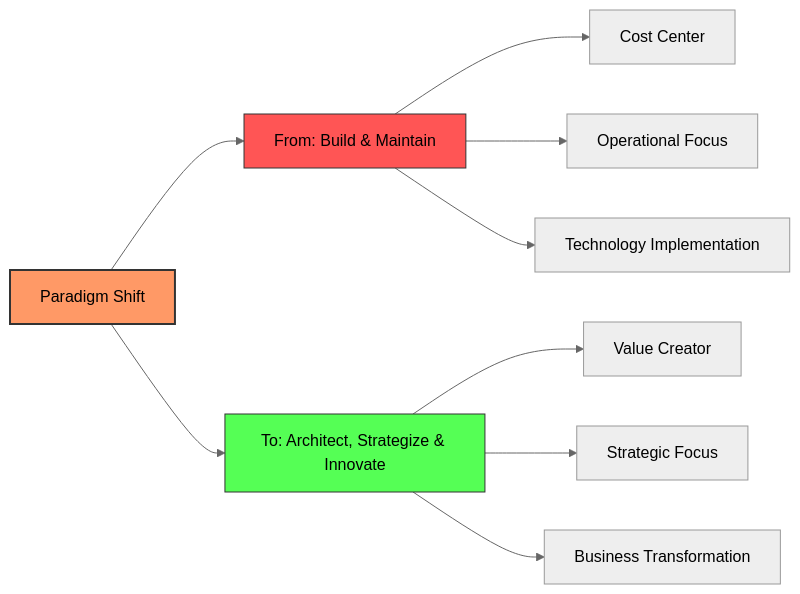
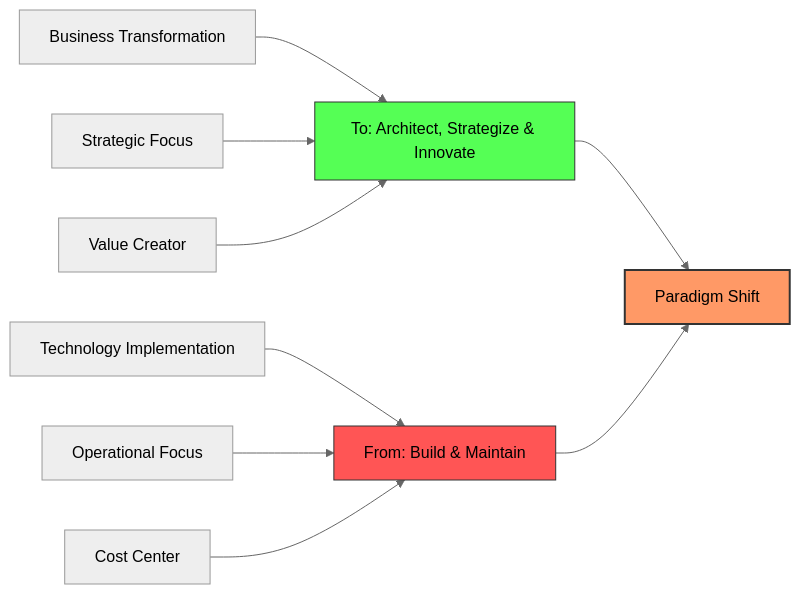
Before and after one commit to AliceNN-ucdenver/Iasa: the fourth of 6 diagrams in cio-may.md, drawn with Mermaid (neutral theme). The commit also changed other lines of this file, not shown here.

````diff
--- a/cio-may.md
+++ b/cio-may.md
@@ -117,17 +125,17 @@
 ```mermaid
 graph LR
-    A[Paradigm Shift] --> B[From: Build & Maintain]
-    A --> C[To: Architect, Strategize & Innovate]
+    C3["Business Transformation"] --> C["To: Architect, Strategize & Innovate"]
+    C2["Strategic Focus"] --> C
+    C1["Value Creator"] --> C
     
-    B --> B1[Cost Center]
-    B --> B2[Operational Focus]
-    B --> B3[Technology Implementation]
+    B3["Technology Implementation"] --> B["From: Build & Maintain"]
+    B2["Operational Focus"] --> B
+    B1["Cost Center"] --> B
     
-    C --> C1[Value Creator]
-    C --> C2[Strategic Focus]
-    C --> C3[Business Transformation]
+    C --> A["Paradigm Shift"]
+    B --> A
     
     style A fill:#f96,stroke:#333,stroke-width:2px
     style B fill:#f55,stroke:#333,stroke-width:1px
     style C fill:#5f5,stroke:#333,stroke-width:1px
 ```
````
